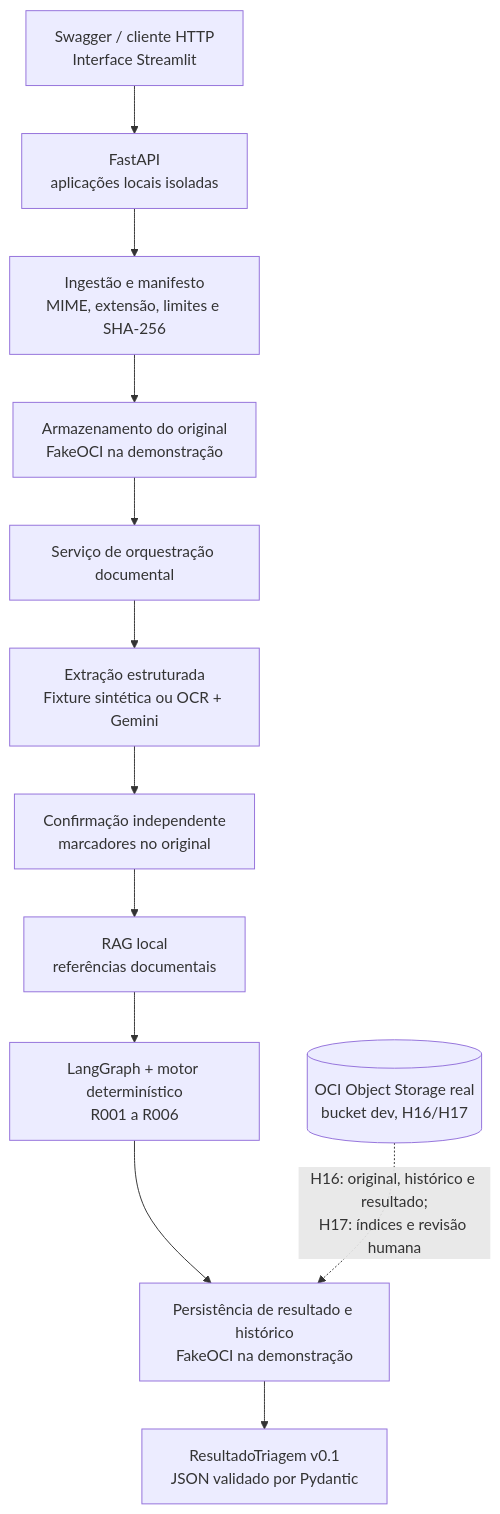
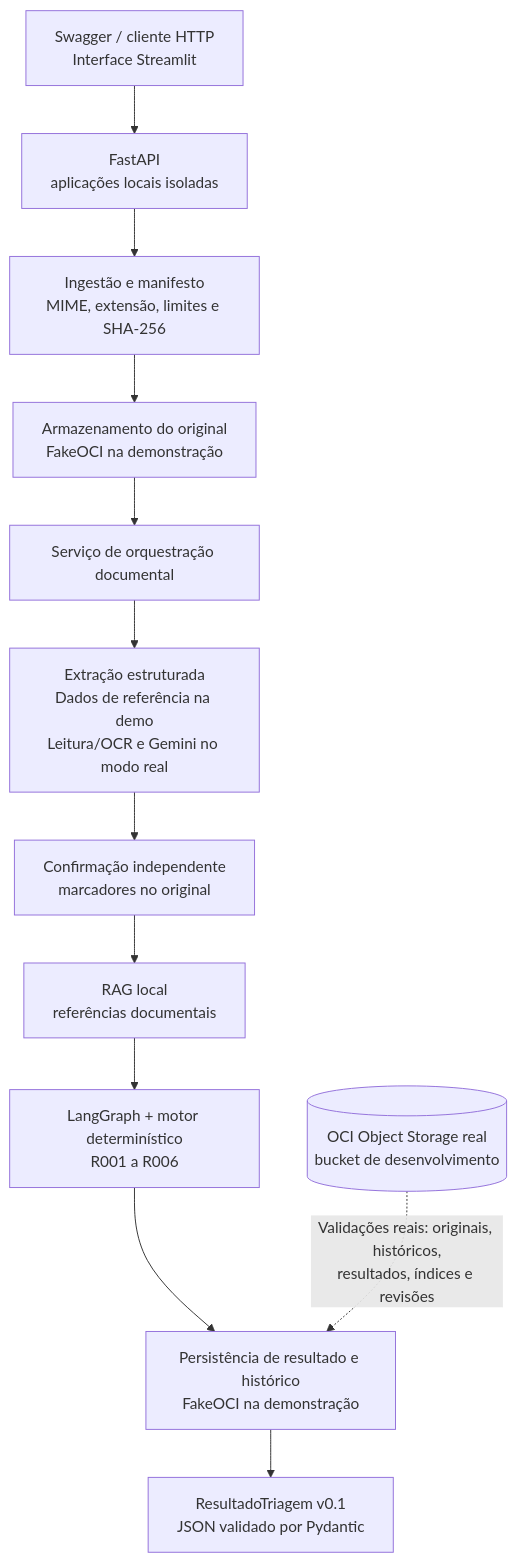
One commit to No-Country-simulation/G10-BRASIL-EQUIPO17 changed the first of 2 diagrams in README.md. Above: the diagram before and after it, drawn with Mermaid. The commit also changed other lines of this file and 4 other files, not shown here.

````diff
--- a/README.md
+++ b/README.md
@@ -55,14 +63,14 @@
 ```mermaid
 flowchart TB
     CLI["Swagger / cliente HTTP<br/>Interface Streamlit"] --> API["FastAPI<br/>aplicações locais isoladas"]
     API --> ING["Ingestão e manifesto<br/>MIME, extensão, limites e SHA-256"]
     ING --> STORAGE["Armazenamento do original<br/>FakeOCI na demonstração"]
     STORAGE --> ORCH["Serviço de orquestração documental"]
-    ORCH --> EXTR["Extração estruturada<br/>Fixture sintética ou OCR + Gemini"]
+    ORCH --> EXTR["Extração estruturada<br/>Dados de referência na demo<br/>Leitura/OCR e Gemini no modo real"]
     EXTR --> CONF["Confirmação independente<br/>marcadores no original"]
     CONF --> RAG["RAG local<br/>referências documentais"]
     RAG --> GRAPH["LangGraph + motor determinístico<br/>R001 a R006"]
     GRAPH --> PERSIST["Persistência de resultado e histórico<br/>FakeOCI na demonstração"]
     PERSIST --> JSON["ResultadoTriagem v0.1<br/>JSON validado por Pydantic"]
-    OCI[("OCI Object Storage real<br/>bucket dev, H16/H17")] -.->|H16: original, histórico e resultado;<br/>H17: índices e revisão humana| PERSIST
+    OCI[("OCI Object Storage real<br/>bucket de desenvolvimento")] -.->|Validações reais: originais, históricos,<br/>resultados, índices e revisões| PERSIST
 ```
````
